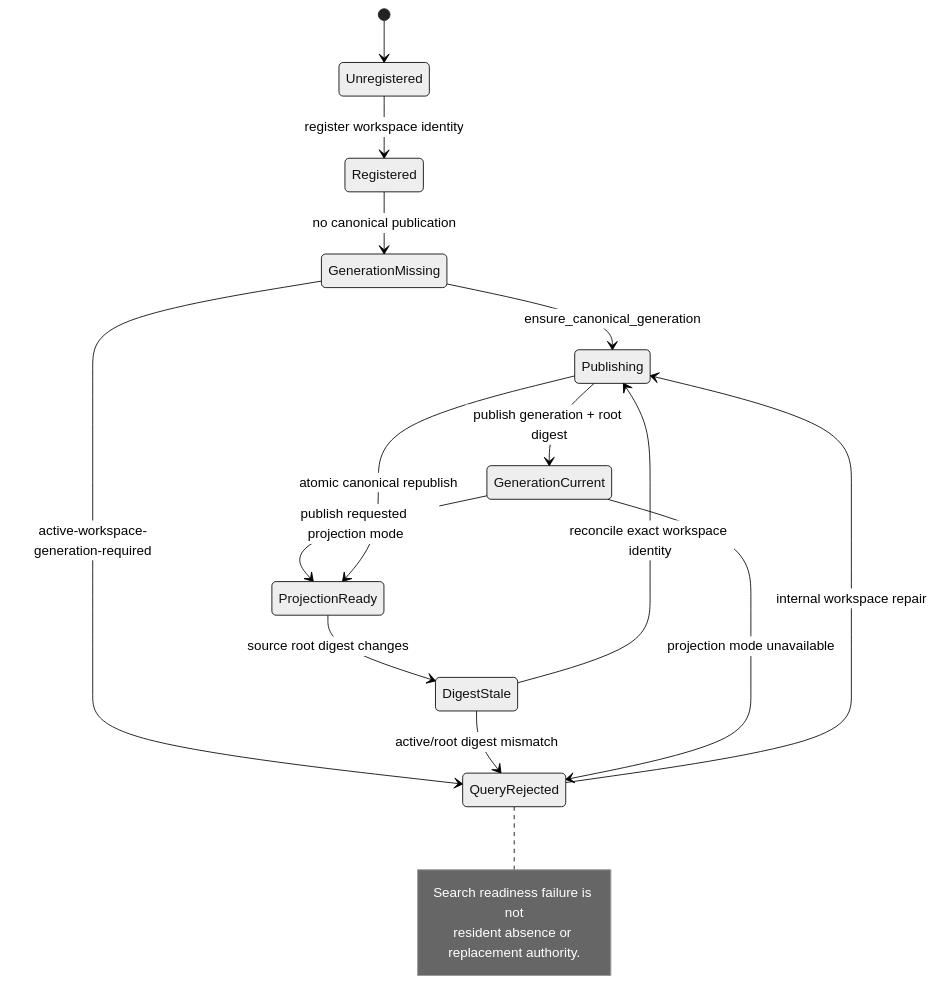
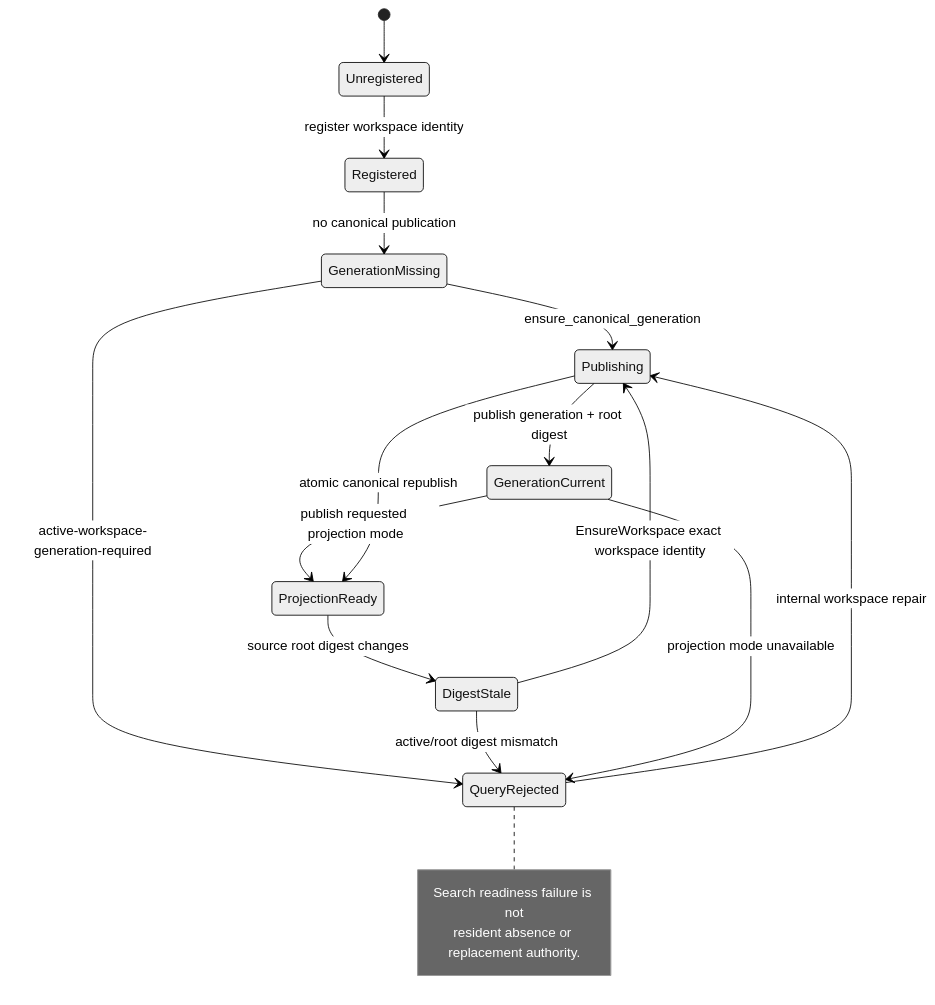
One commit to tao3k/agent-semantic-protocols changed the diagram in docs/10-19-rfcs/10.15.02.06-codex-multi-agent-v2-state-lifecycle/07-workspace-generation-readiness.org. Above: the diagram before and after it, drawn with Mermaid (neutral theme). The commit also changed other lines of this file and 408 other files, not shown here.

```diff
--- a/docs/10-19-rfcs/10.15.02.06-codex-multi-agent-v2-state-lifecycle/07-workspace-generation-readiness.org
+++ b/docs/10-19-rfcs/10.15.02.06-codex-multi-agent-v2-state-lifecycle/07-workspace-generation-readiness.org
@@ -27,22 +27,22 @@
 #+begin_src mermaid
 stateDiagram-v2
   [*] --> Unregistered
   Unregistered --> Registered: register workspace identity
   Registered --> GenerationMissing: no canonical publication
   GenerationMissing --> Publishing: ensure_canonical_generation
   Publishing --> GenerationCurrent: publish generation + root digest
   GenerationCurrent --> ProjectionReady: publish requested projection mode
   ProjectionReady --> DigestStale: source root digest changes
-  DigestStale --> Publishing: reconcile exact workspace identity
+  DigestStale --> Publishing: EnsureWorkspace exact workspace identity
   Publishing --> ProjectionReady: atomic canonical republish
 
   GenerationMissing --> QueryRejected: active-workspace-generation-required
   DigestStale --> QueryRejected: active/root digest mismatch
   GenerationCurrent --> QueryRejected: projection mode unavailable
   QueryRejected --> Publishing: internal workspace repair
 
   note right of QueryRejected
     Search readiness failure is not
     resident absence or replacement authority.
   end note
 #+end_src
```
